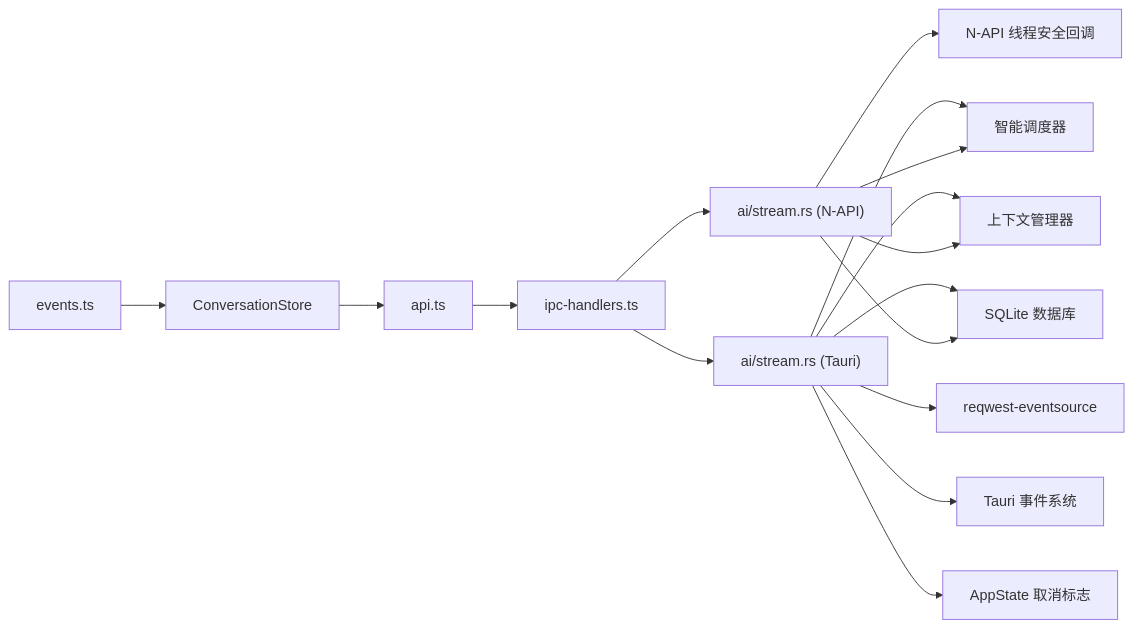
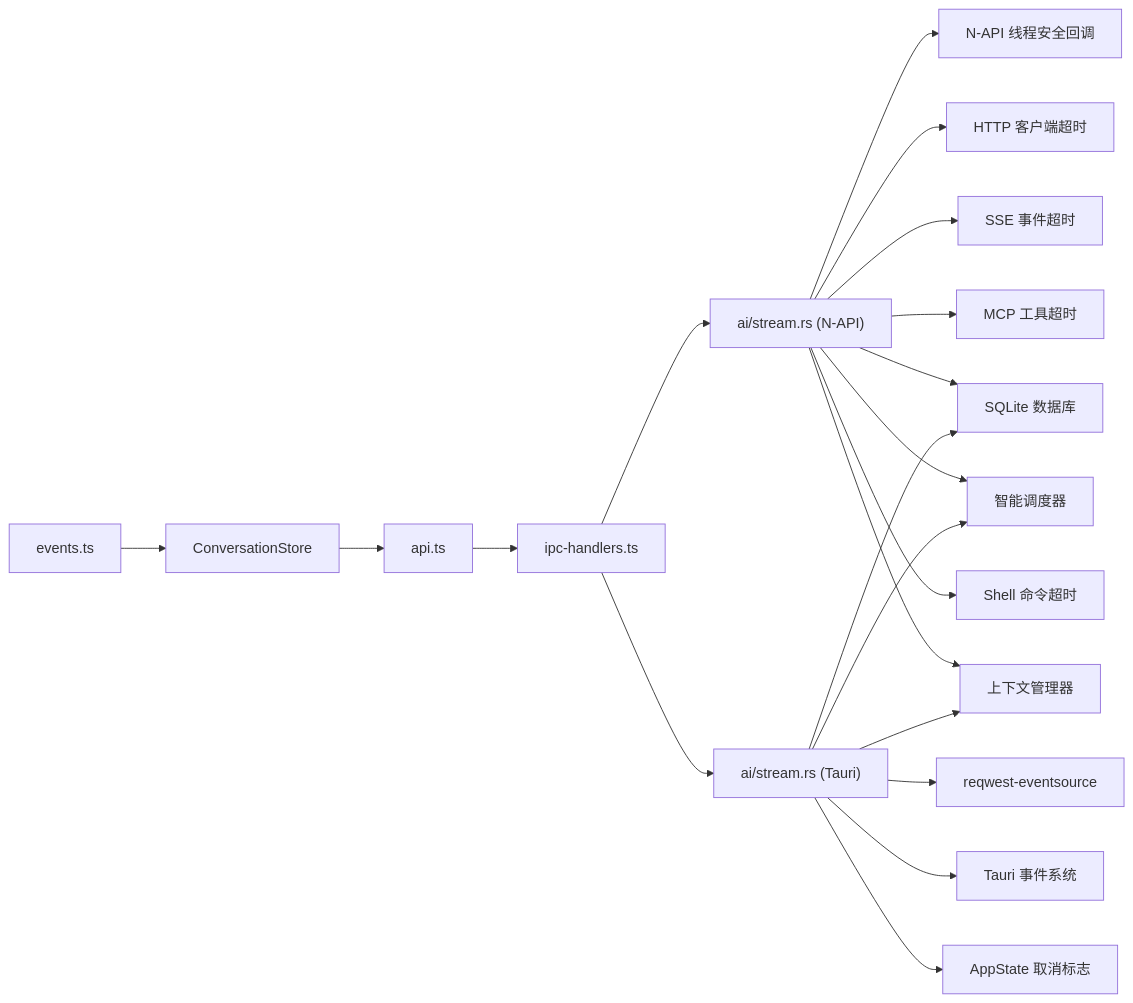
The ninth of 9 diagrams in .qoder/repowiki/zh/content/AI 代理系统/流式对话机制.md (baike08/cosurf), drawn with Mermaid before and after one commit. The commit also changed other lines of this file and 23 other files, not shown here.

````diff
--- a/.qoder/repowiki/zh/content/AI 代理系统/流式对话机制.md
+++ b/.qoder/repowiki/zh/content/AI 代理系统/流式对话机制.md
@@ -368,18 +449,22 @@
 ```mermaid
 graph LR
 STR_T["ai/stream.rs (Tauri)"] --> REQ["reqwest-eventsource"]
 STR_T --> Tauri["Tauri 事件系统"]
 STR_T --> DB["SQLite 数据库"]
 STR_T --> STATE["AppState 取消标志"]
 STR_T --> SCHED["智能调度器"]
 STR_T --> CTX["上下文管理器"]
 STR_N["ai/stream.rs (N-API)"] --> NAPI["N-API 线程安全回调"]
 STR_N --> SCHED
 STR_N --> CTX
 STR_N --> DB
+STR_N --> HTTP_TIMEOUT["HTTP 客户端超时"]
+STR_N --> SSE_TIMEOUT["SSE 事件超时"]
+STR_N --> MCP_TIMEOUT["MCP 工具超时"]
+STR_N --> SHELL_TIMEOUT["Shell 命令超时"]
 IPC["ipc-handlers.ts"] --> STR_N
 IPC --> STR_T
 API["api.ts"] --> IPC
 EVT["events.ts"] --> UI["ConversationStore"]
 UI --> API
 ```
````
